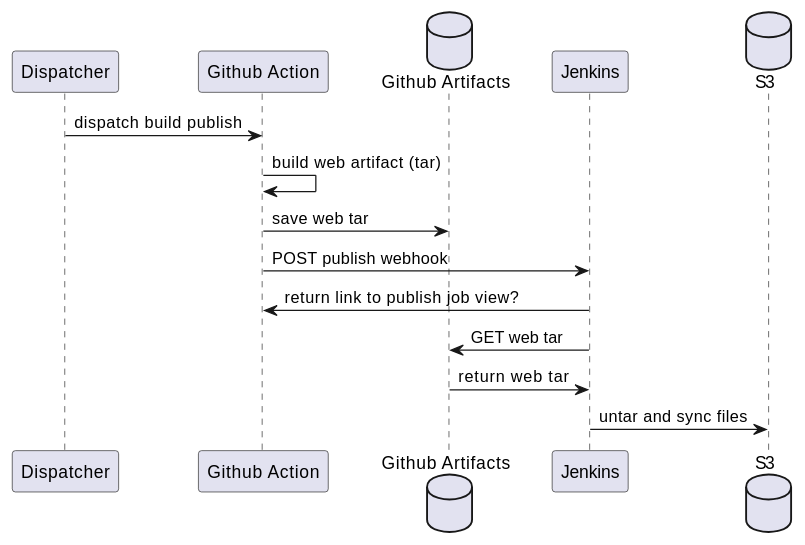
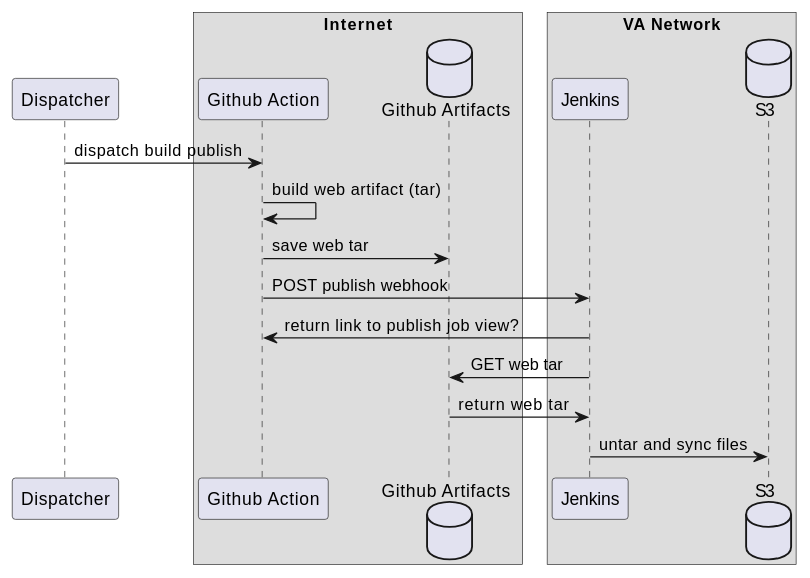
The second of 4 diagrams in docs/deployment.md (keyluck/lighthouse-backstage), drawn with PlantUML before and after one commit. The commit also changed other lines of this file, not shown here.

````diff
--- a/docs/deployment.md
+++ b/docs/deployment.md
@@ -29,15 +34,19 @@
 ```plantuml
 participant Dispatcher as dispatcher 
+box Internet 
 participant "Github Action" as builder
 database "Github Artifacts" as buildStorage
+end box
+box VA Network
 participant "Jenkins" as publisher
 database "S3" as hostStorage
+end box
 dispatcher->builder : dispatch build publish 
 builder->builder: build web artifact (tar)
 builder->buildStorage : save web tar
 builder->publisher: POST publish webhook
 publisher->builder : return link to publish job view?
 publisher->buildStorage : GET web tar 
 buildStorage->publisher : return web tar
 publisher->hostStorage : untar and sync files
 ```
````
